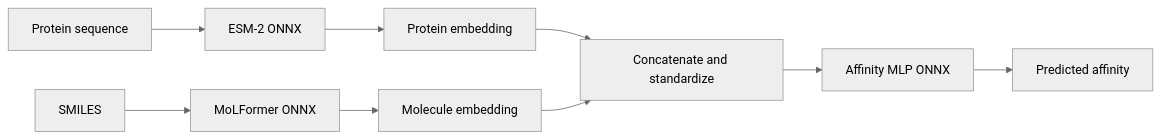
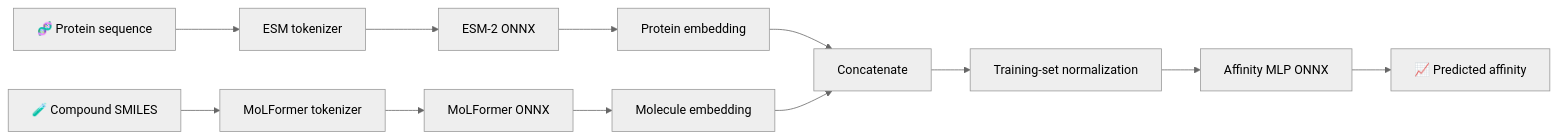
Before and after one commit to karthikeyanr103/Protein-Ligand-Affinity-Prediction-Using-LLM: the first of 2 diagrams in README.md, drawn with Mermaid (neutral theme). The commit also changed other lines of this file and 3 other files, not shown here.

````diff
--- a/README.md
+++ b/README.md
@@ -26,11 +72,14 @@
 ```mermaid
 flowchart LR
-    P["Protein sequence"] --> E["ESM-2 ONNX"]
-    M["SMILES"] --> F["MoLFormer ONNX"]
+    P["🧬 Protein sequence"] --> PT["ESM tokenizer"]
+    PT --> E["ESM-2 ONNX"]
+    M["🧪 Compound SMILES"] --> MT["MoLFormer tokenizer"]
+    MT --> F["MoLFormer ONNX"]
     E --> PE["Protein embedding"]
     F --> ME["Molecule embedding"]
-    PE --> C["Concatenate and standardize"]
+    PE --> C["Concatenate"]
     ME --> C
-    C --> H["Affinity MLP ONNX"]
-    H --> Y["Predicted affinity"]
+    C --> N["Training-set normalization"]
+    N --> H["Affinity MLP ONNX"]
+    H --> Y["📈 Predicted affinity"]
 ```
````
